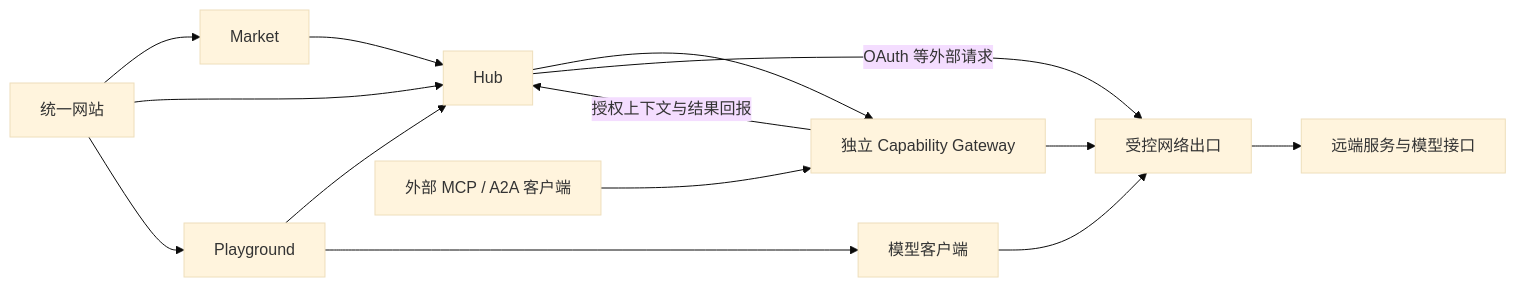
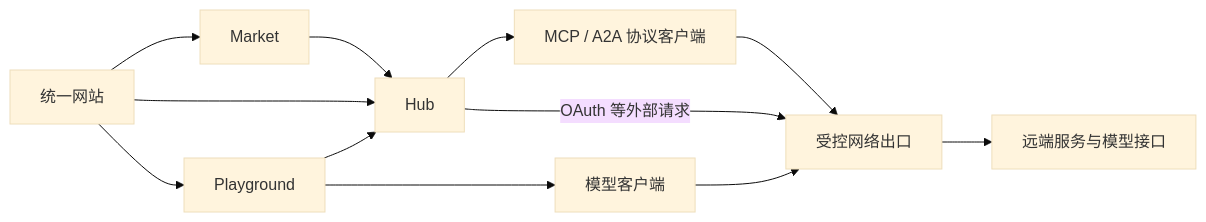
The diagram in docs/architecture.md (jiachaoDing/AgentPlatform), drawn with Mermaid (base theme) before and after one commit. The commit also changed other lines of this file and 104 other files, not shown here.

````diff
--- a/docs/architecture.md
+++ b/docs/architecture.md
@@ -9,16 +9,14 @@
 ```mermaid
 flowchart LR
     Web[统一网站] --> Market[Market]
     Web --> Hub[Hub]
     Web --> Playground[Playground]
     Market --> Hub
     Playground --> Hub
     Playground --> Model[模型客户端]
-    Hub --> Gateway[独立 Capability Gateway]
-    Client[外部 MCP / A2A 客户端] --> Gateway
-    Gateway -->|授权上下文与结果回报| Hub
-    Gateway --> Egress[受控网络出口]
+    Hub --> Protocol[MCP / A2A 协议客户端]
+    Protocol --> Egress[受控网络出口]
     Model --> Egress
     Hub -->|OAuth 等外部请求| Egress
     Egress --> Remote[远端服务与模型接口]
 ```
````
